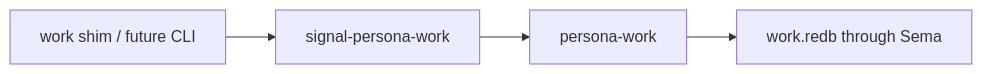
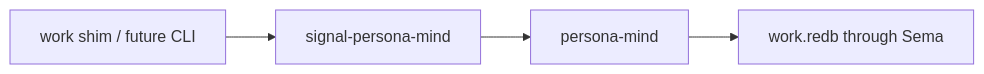
The diagram in reports/operator/99-designer-98-integration.md (LiGoldragon/primary), drawn with Mermaid before and after one commit. The commit also changed other lines of this file and 11 other files, not shown here.

Commit message:
document persona-mind central rename

````diff
--- a/reports/operator/99-designer-98-integration.md
+++ b/reports/operator/99-designer-98-integration.md
@@ -22,11 +22,11 @@
 ```mermaid
 flowchart LR
     cli["work shim / future CLI"]
-    contract["signal-persona-work"]
-    runtime["persona-work"]
+    contract["signal-persona-mind"]
+    runtime["persona-mind"]
     db["work.redb through Sema"]
 
     cli --> contract
     contract --> runtime
     runtime --> db
 ```
````
